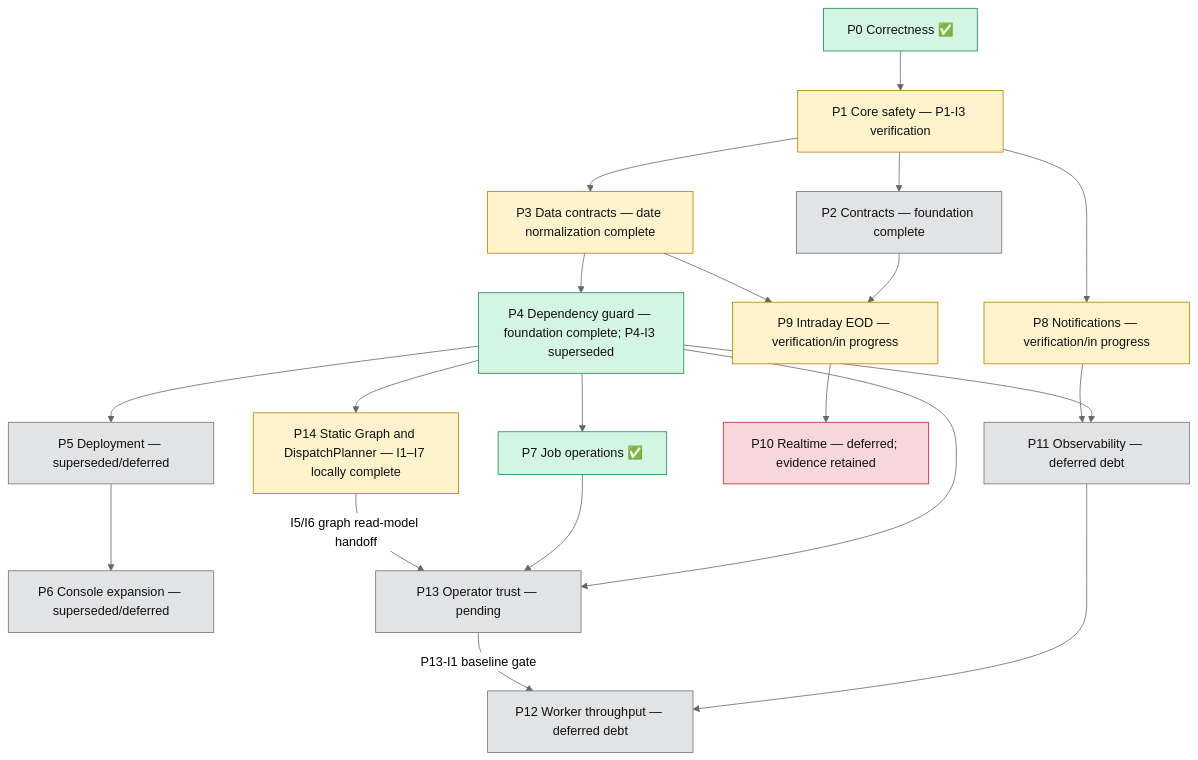
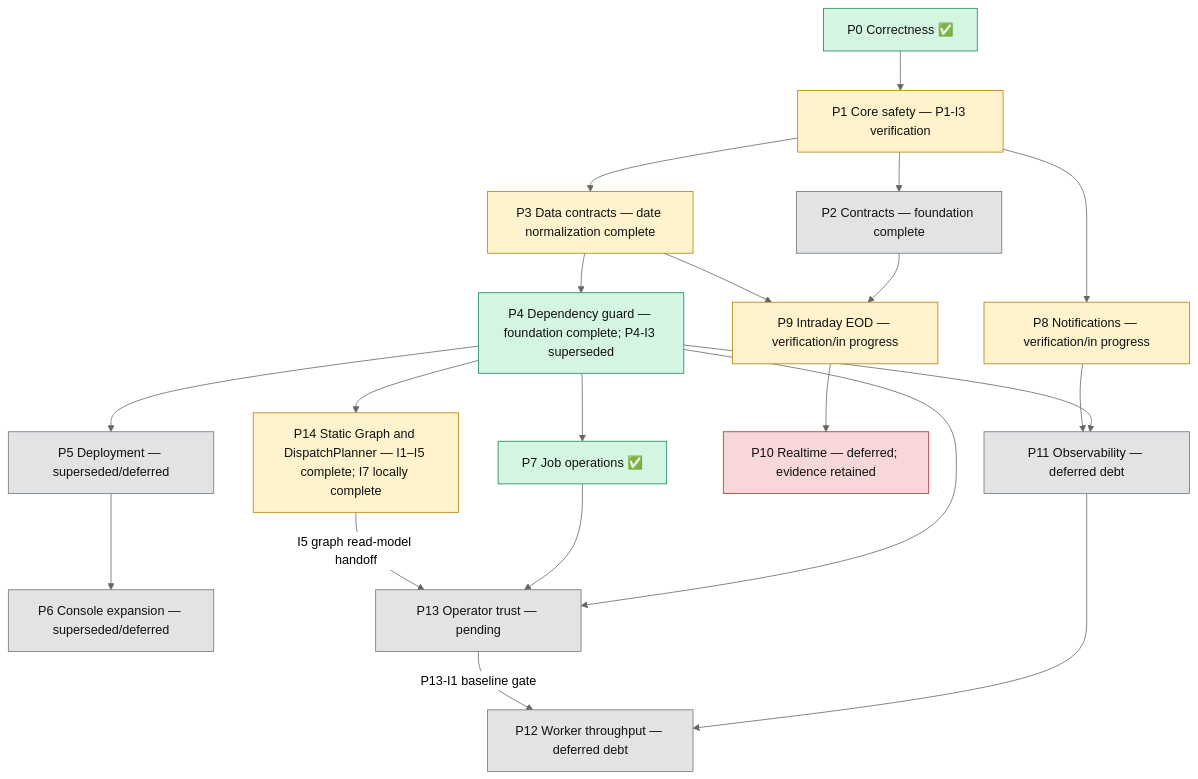
Before and after one commit to tanlocit9/omni: the diagram in docs/plans/roadmap/roadmap.md, drawn with Mermaid (neutral theme). The commit also changed other lines of this file and 29 other files, not shown here.

Commit message:
docs(p14): reconcile rollout evidence and consolidate I5 read-model ownership

````diff
--- a/docs/plans/roadmap/roadmap.md
+++ b/docs/plans/roadmap/roadmap.md
@@ -13,31 +13,31 @@
 ```mermaid
 flowchart TD
     P0["P0 Correctness ✅"] --> P1["P1 Core safety — P1-I3 verification"]
     P1 --> P2["P2 Contracts — foundation complete"]
     P1 --> P3["P3 Data contracts — date normalization complete"]
     P3 --> P4["P4 Dependency guard — foundation complete; P4-I3 superseded"]
-    P4 --> P14["P14 Static Graph and DispatchPlanner — I1–I7 locally complete"]
+    P4 --> P14["P14 Static Graph and DispatchPlanner — I1–I5 complete; I7 locally complete"]
     P4 --> P5["P5 Deployment — superseded/deferred"]
     P5 --> P6["P6 Console expansion — superseded/deferred"]
     P4 --> P7["P7 Job operations ✅"]
     P1 --> P8["P8 Notifications — verification/in progress"]
     P2 --> P9["P9 Intraday EOD — verification/in progress"]
     P3 --> P9
     P9 --> P10["P10 Realtime — deferred; evidence retained"]
     P4 --> P11["P11 Observability — deferred debt"]
     P8 --> P11
     P4 --> P13["P13 Operator trust — pending"]
     P7 --> P13
-    P14 -->|"I5/I6 graph read-model handoff"| P13
+    P14 -->|"I5 graph read-model handoff"| P13
     P11 --> P12["P12 Worker throughput — deferred debt"]
     P13 -->|"P13-I1 baseline gate"| P12
 
     classDef done fill:#d5f5e3,stroke:#198754,color:#111;
     classDef active fill:#fff3cd,stroke:#b58105,color:#111;
     classDef pending fill:#e2e3e5,stroke:#6c757d,color:#111;
     classDef blocked fill:#f8d7da,stroke:#b02a37,color:#111;
     class P0,P4,P7 done;
     class P1,P3,P8,P9,P14 active;
     class P2,P5,P6,P11,P12,P13 pending;
     class P10 blocked;
 ```
````
